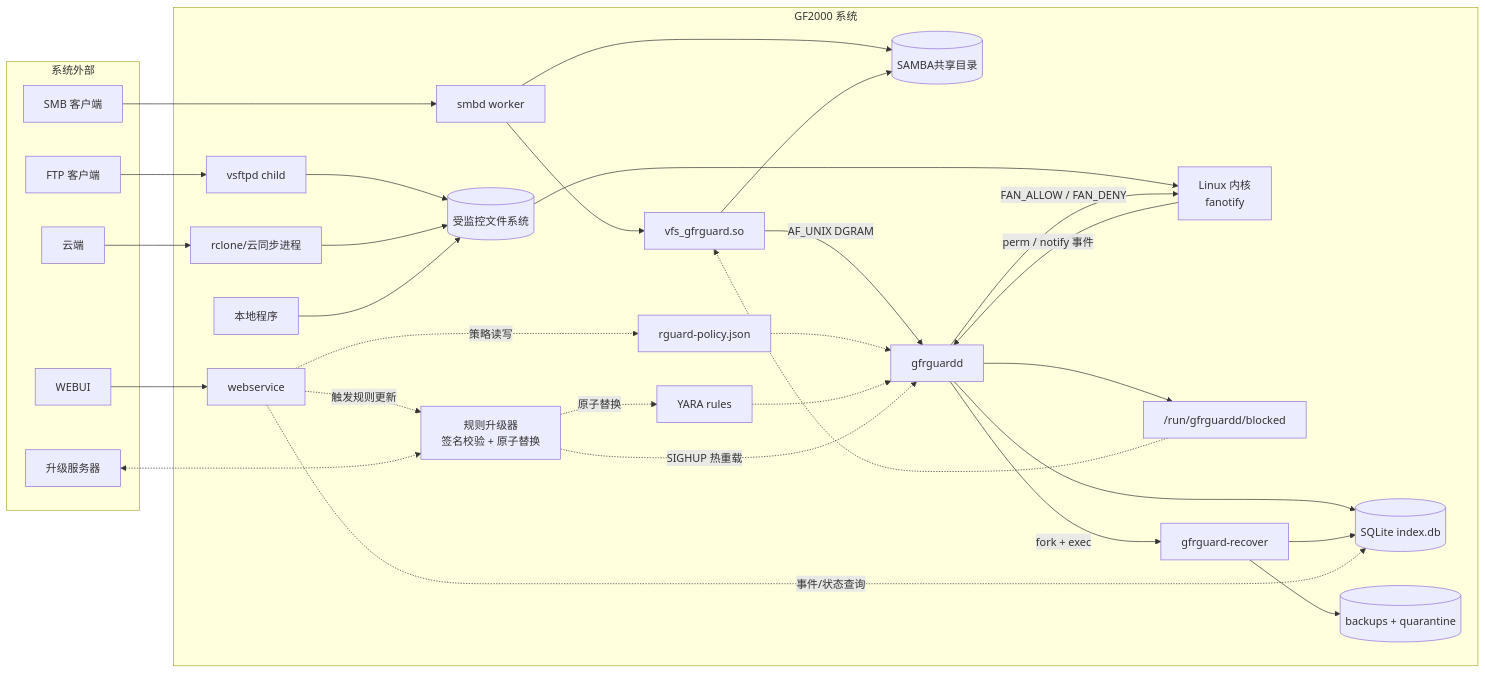
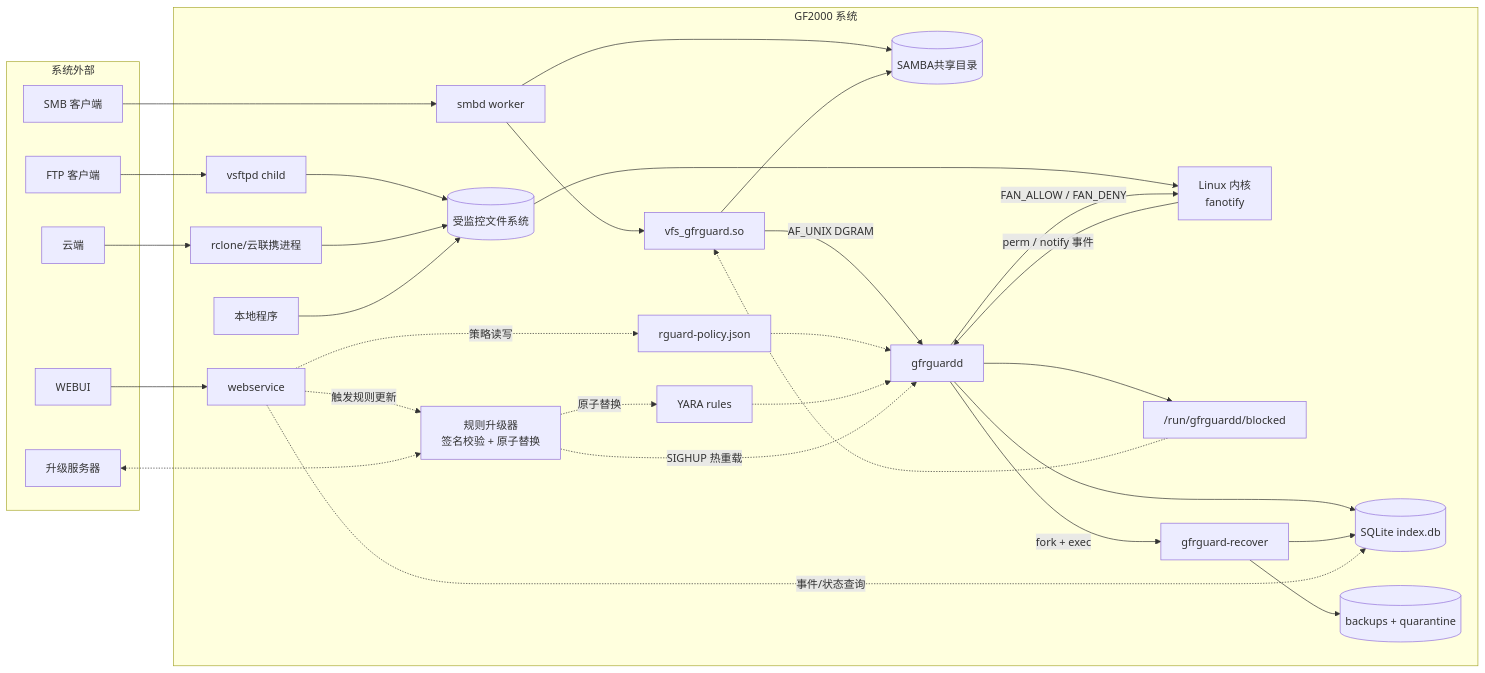
One commit to xd121614/ne_gfrguard changed the first of 7 diagrams in doc/specs/architecture_v2.md. Above: the diagram before and after it, drawn with Mermaid. The commit also changed other lines of this file, not shown here.

Commit message:
更新架构图

````diff
--- a/doc/specs/architecture_v2.md
+++ b/doc/specs/architecture_v2.md
@@ -127,60 +119,60 @@
 ```mermaid
 flowchart LR
 	subgraph EXT["系统外部"]
 		SMB[SMB 客户端]
 		FTP[FTP 客户端]
 		CLOUD[云端]
 		UPDATESERVER[升级服务器]
 		WEB[WEBUI]
 	end
 
 	subgraph SYS["GF2000 系统"]
 		SMBD[smbd worker]
 		FTPD[vsftpd child]
-		RCLONE[rclone/云同步进程]
+		RCLONE[rclone/云联携进程]
 		LOCAL[本地程序]
         SHARE[(SAMBA共享目录)]
 		FS[(受监控文件系统)]
 		VFS[vfs_gfrguard.so]
 		KERNEL[Linux 内核<br/>fanotify]
 		D[gfrguardd]
 		DB[(SQLite index.db)]
 		BLOCKED["/run/gfrguardd/blocked"]
 		REC[gfrguard-recover]
 		STORE[(backups + quarantine)]
 		CFG[rguard-policy.json]
 		RULES[YARA rules]
 		WSS[webservice]
 		RULEUP[规则升级器<br/>签名校验 + 原子替换]
 
 		SMBD --> SHARE
 		SMBD --> VFS
 		VFS --> SHARE
 		FTPD --> FS
 		RCLONE --> FS
 		LOCAL --> FS
 		VFS -->|AF_UNIX DGRAM| D
 		FS --> KERNEL
 		KERNEL -->|perm / notify 事件| D
 		D -->|FAN_ALLOW / FAN_DENY| KERNEL
 		D --> DB
 		D --> BLOCKED
 		D -->|fork + exec| REC
 		REC --> STORE
 		REC --> DB
 		BLOCKED -.-> VFS
 		CFG -.-> D
 		RULES -.-> D
 		WEB --> WSS
 		WSS -.->|策略读写| CFG
 		WSS -.->|事件/状态查询| DB
 		WSS -.->|触发规则更新| RULEUP
 		RULEUP -.->|原子替换| RULES
 		RULEUP -.->|SIGHUP 热重载| D
 	end
 
 	SMB --> SMBD
 	FTP --> FTPD
 	CLOUD --> RCLONE
 	UPDATESERVER <-.-> RULEUP
 ```
````
